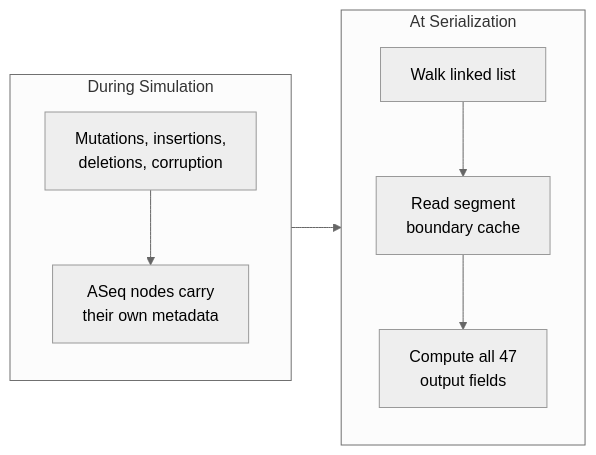
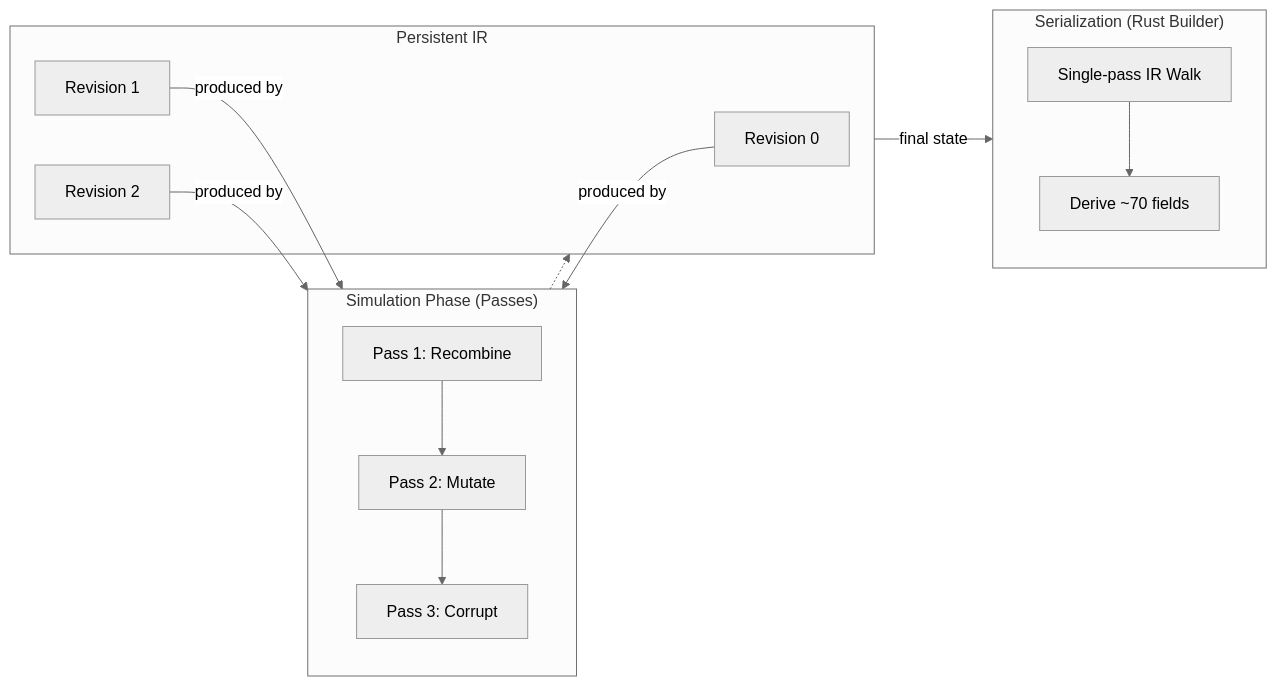
The diagram in website/docs/concepts/metadata-accuracy.md (MuteJester/GenAIRR), drawn with Mermaid (neutral theme) before and after one commit. The commit also changed other lines of this file and 84 other files, not shown here.

````diff
--- a/website/docs/concepts/metadata-accuracy.md
+++ b/website/docs/concepts/metadata-accuracy.md
@@ -23,15 +28,23 @@
 ```mermaid
 flowchart LR
-    subgraph During["During Simulation"]
+    subgraph PassPlan["Simulation Phase (Passes)"]
         direction TB
-        A["Mutations, insertions,\ndeletions, corruption"]
-        B["ASeq nodes carry\ntheir own metadata"]
-        A --> B
+        A["Pass 1: Recombine"]
+        B["Pass 2: Mutate"]
+        C["Pass 3: Corrupt"]
+        A --> B --> C
     end
-    subgraph Serial["At Serialization"]
-        direction TB
-        C["Walk linked list"] --> D["Read segment\nboundary cache"]
-        D --> E["Compute all 47\noutput fields"]
+    subgraph IR["Persistent IR"]
+        D["Revision 0"]
+        E["Revision 1"]
+        F["Revision 2"]
+        D -- produced by --> A
+        E -- produced by --> B
+        F -- produced by --> C
     end
-    During --> Serial
+    subgraph Serial["Serialization (Rust Builder)"]
+        G["Single-pass IR Walk"] --> H["Derive ~70 fields"]
+    end
+    PassPlan -.-> IR
+    IR -- final state --> Serial
 ```
````
